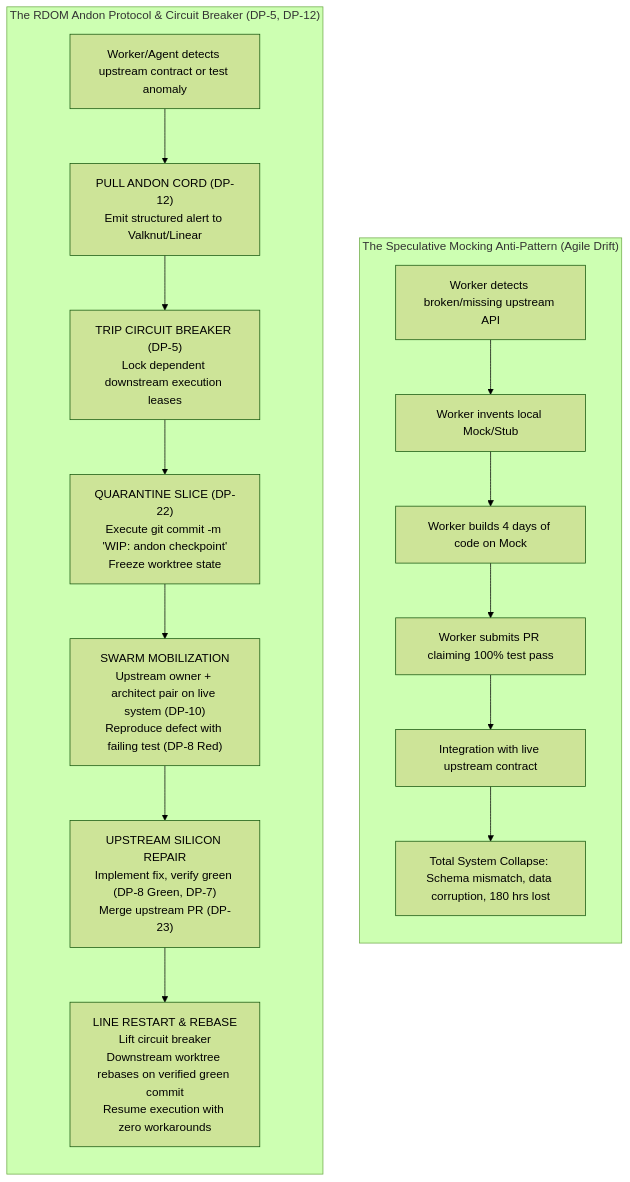
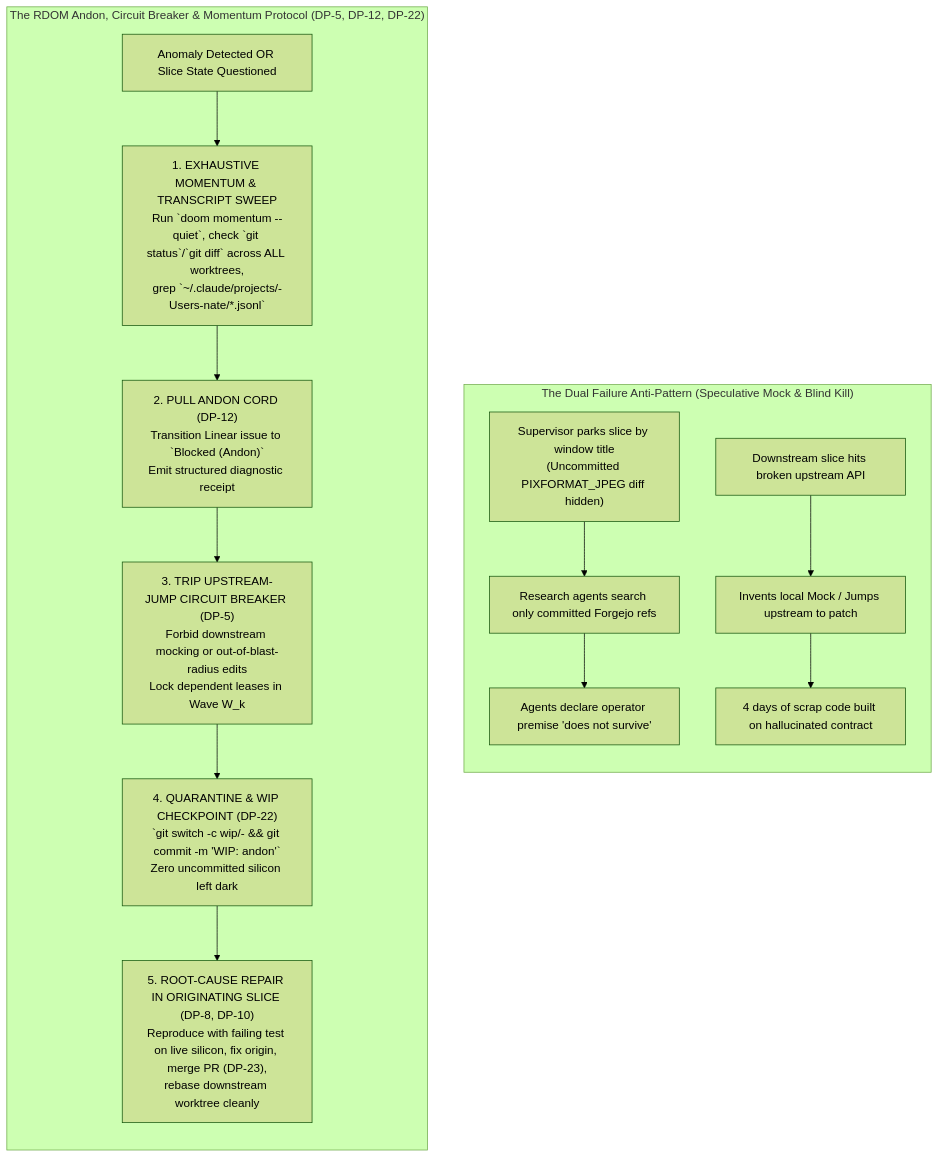
The diagram in docs/chapters/15-the-andon-cord-and-circuit-breakers.md (nwalker85/rdom-method), drawn with Mermaid (forest theme) before and after one commit. The commit also changed other lines of this file and 29 other files, not shown here.

````diff
--- a/docs/chapters/15-the-andon-cord-and-circuit-breakers.md
+++ b/docs/chapters/15-the-andon-cord-and-circuit-breakers.md
@@ -130,21 +110,19 @@
 ```mermaid
 flowchart TD
-    subgraph FAIL["The Speculative Mocking Anti-Pattern (Agile Drift)"]
+    subgraph AMNESIA["The Dual Failure Anti-Pattern (Speculative Mock & Blind Kill)"]
         direction TB
-        F_DET["Worker detects broken/missing upstream API"] --> F_MOCK["Worker invents local Mock/Stub"]
-        F_MOCK --> F_BUILD["Worker builds 4 days of code on Mock"]
-        F_BUILD --> F_PR["Worker submits PR claiming 100% test pass"]
-        F_PR --> F_INT["Integration with live upstream contract"]
-        F_INT --> F_CRASH["Total System Collapse: Schema mismatch, data corruption, 180 hrs lost"]
+        F1["Supervisor parks slice by window title\n(Uncommitted PIXFORMAT_JPEG diff hidden)"] --> F2["Research agents search only committed Forgejo refs"]
+        F2 --> F3["Agents declare operator premise 'does not survive'"]
+        F4["Downstream slice hits broken upstream API"] --> F5["Invents local Mock / Jumps upstream to patch"]
+        F5 --> F6["4 days of scrap code built on hallucinated contract"]
     end
 
-    subgraph PASS["The RDOM Andon Protocol & Circuit Breaker (DP-5, DP-12)"]
+    subgraph RDOM["The RDOM Andon, Circuit Breaker & Momentum Protocol (DP-5, DP-12, DP-22)"]
         direction TB
-        P_DET["Worker/Agent detects upstream contract or test anomaly"] --> P_PULL["PULL ANDON CORD (DP-12)\nEmit structured alert to Valknut/Linear"]
-        P_PULL --> P_CB["TRIP CIRCUIT BREAKER (DP-5)\nLock dependent downstream execution leases"]
-        P_CB --> P_QUAR["QUARANTINE SLICE (DP-22)\nExecute git commit -m 'WIP: andon checkpoint'\nFreeze worktree state"]
-        P_QUAR --> P_SWARM["SWARM MOBILIZATION\nUpstream owner + architect pair on live system (DP-10)\nReproduce defect with failing test (DP-8 Red)"]
-        P_SWARM --> P_FIX["UPSTREAM SILICON REPAIR\nImplement fix, verify green (DP-8 Green, DP-7)\nMerge upstream PR (DP-23)"]
-        P_FIX --> P_RESTART["LINE RESTART & REBASE\nLift circuit breaker\nDownstream worktree rebases on verified green commit\nResume execution with zero workarounds"]
+        P_DET["Anomaly Detected OR Slice State Questioned"] --> P_SWEEP["1. EXHAUSTIVE MOMENTUM & TRANSCRIPT SWEEP\nRun `doom momentum --quiet`, check `git status`/`git diff` across ALL worktrees,\ngrep `~/.claude/projects/-Users-nate/*.jsonl`"]
+        P_SWEEP --> P_PULL["2. PULL ANDON CORD (DP-12)\nTransition Linear issue to `Blocked (Andon)`\nEmit structured diagnostic receipt"]
+        P_PULL --> P_CB["3. TRIP UPSTREAM-JUMP CIRCUIT BREAKER (DP-5)\nForbid downstream mocking or out-of-blast-radius edits\nLock dependent leases in Wave W_k"]
+        P_CB --> P_QUAR["4. QUARANTINE & WIP CHECKPOINT (DP-22)\n`git switch -c wip/<issue>-<slug> && git commit -m 'WIP: andon'`\nZero uncommitted silicon left dark"]
+        P_QUAR --> P_FIX["5. ROOT-CAUSE REPAIR IN ORIGINATING SLICE (DP-8, DP-10)\nReproduce with failing test on live silicon, fix origin, merge PR (DP-23),\nrebase downstream worktree cleanly"]
     end
 ```
````
